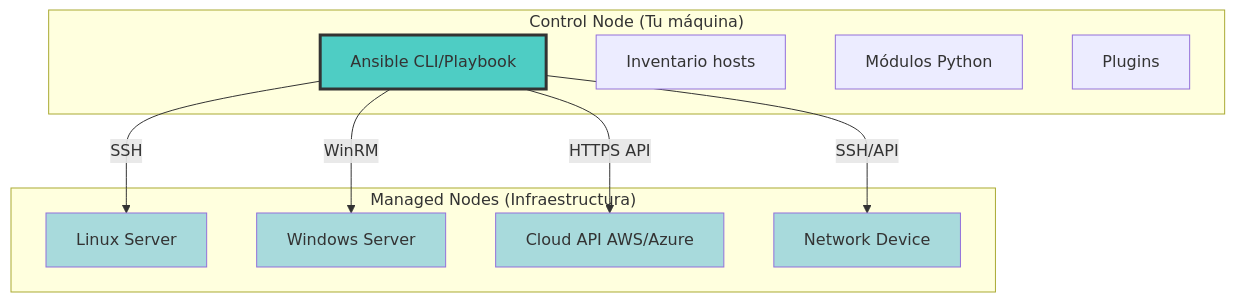
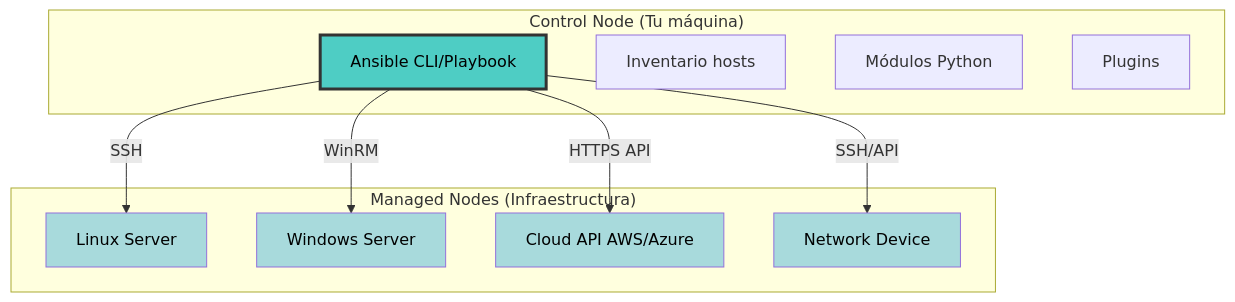
Before and after one commit to pabpereza/pabpereza: the third of 9 diagrams in docs/cursos/ansible/101.Introduccion.mdx, drawn with Mermaid. The commit also changed other lines of this file and 8 other files, not shown here.

````diff
--- a/docs/cursos/ansible/101.Introduccion.mdx
+++ b/docs/cursos/ansible/101.Introduccion.mdx
@@ -227,27 +227,27 @@
 ```mermaid
 graph TD
     subgraph "Control Node (Tu máquina)"
         A[Ansible CLI/Playbook]
         B[Inventario hosts]
         C[Módulos Python]
         D[Plugins]
     end
 
     subgraph "Managed Nodes (Infraestructura)"
         E[Linux Server]
         F[Windows Server]
         G[Cloud API AWS/Azure]
         H[Network Device]
     end
 
     A -->|SSH| E
     A -->|WinRM| F
     A -->|HTTPS API| G
     A -->|SSH/API| H
 
-    style A fill:#4ecdc4,stroke:#333,stroke-width:3px
-    style E fill:#a8dadc
-    style F fill:#a8dadc
-    style G fill:#a8dadc
-    style H fill:#a8dadc
+    style A fill:#4ecdc4,stroke:#333,stroke-width:3px,color:#000
+    style E fill:#a8dadc,color:#000
+    style F fill:#a8dadc,color:#000
+    style G fill:#a8dadc,color:#000
+    style H fill:#a8dadc,color:#000
 ```
````
